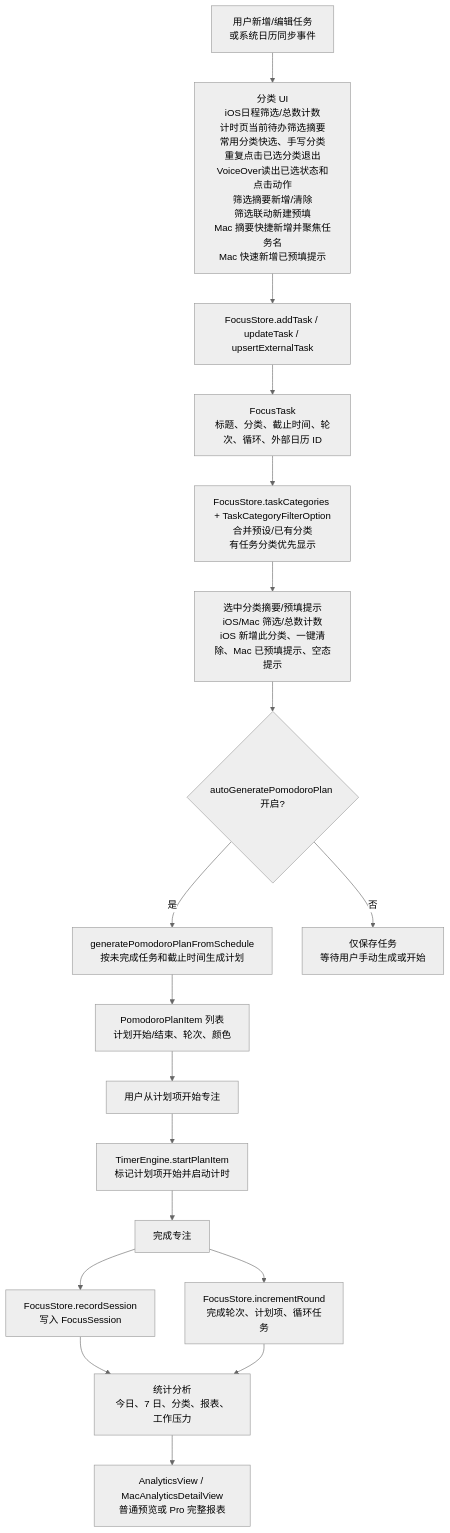
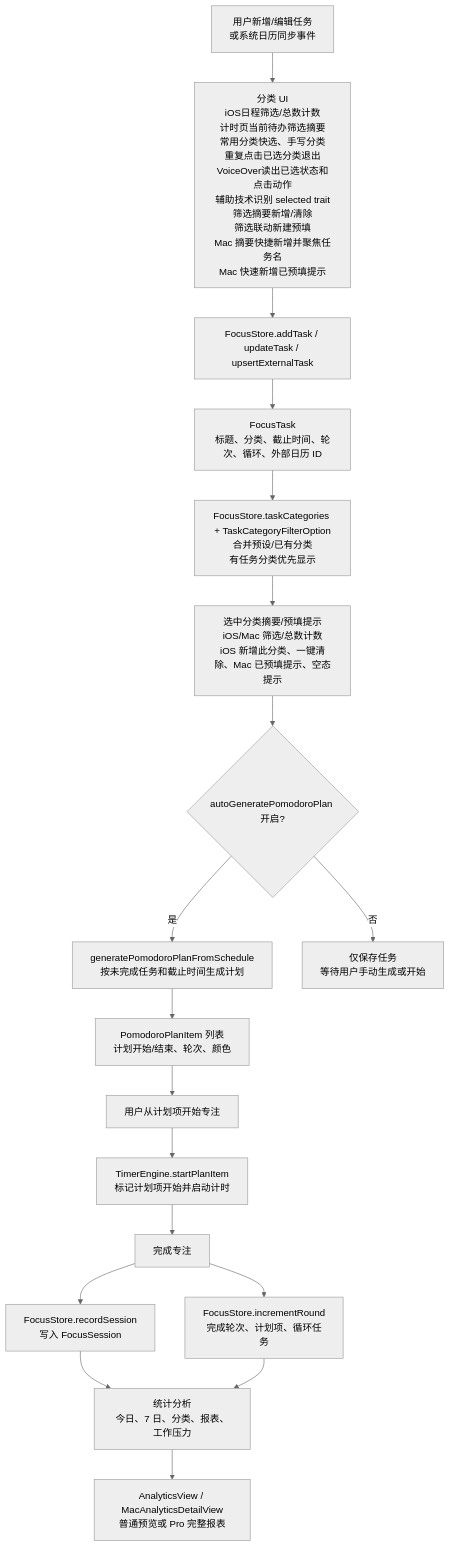
The third of 6 diagrams in md/flow/flowchart.md (Altman-sam114/114), drawn with Mermaid (neutral theme) before and after one commit. The commit also changed other lines of this file and 9 other files, not shown here.

````diff
--- a/md/flow/flowchart.md
+++ b/md/flow/flowchart.md
@@ -63,20 +63,20 @@
 ```mermaid
 flowchart TD
-  A["用户新增/编辑任务<br/>或系统日历同步事件"] --> P0["分类 UI<br/>iOS日程筛选/总数计数<br/>计时页当前待办筛选摘要<br/>常用分类快选、手写分类<br/>重复点击已选分类退出<br/>VoiceOver读出已选状态和点击动作<br/>筛选摘要新增/清除<br/>筛选联动新建预填<br/>Mac 摘要快捷新增并聚焦任务名<br/>Mac 快速新增已预填提示"]
+  A["用户新增/编辑任务<br/>或系统日历同步事件"] --> P0["分类 UI<br/>iOS日程筛选/总数计数<br/>计时页当前待办筛选摘要<br/>常用分类快选、手写分类<br/>重复点击已选分类退出<br/>VoiceOver读出已选状态和点击动作<br/>辅助技术识别 selected trait<br/>筛选摘要新增/清除<br/>筛选联动新建预填<br/>Mac 摘要快捷新增并聚焦任务名<br/>Mac 快速新增已预填提示"]
   P0 --> B["FocusStore.addTask / updateTask / upsertExternalTask"]
   B --> C["FocusTask<br/>标题、分类、截止时间、轮次、循环、外部日历 ID"]
   C --> C2["FocusStore.taskCategories + TaskCategoryFilterOption<br/>合并预设/已有分类<br/>有任务分类优先显示"]
   C2 --> C3["选中分类摘要/预填提示<br/>iOS/Mac 筛选/总数计数<br/>iOS 新增此分类、一键清除、Mac 已预填提示、空态提示"]
   C3 --> D{"autoGeneratePomodoroPlan 开启?"}
   D -->|是| E["generatePomodoroPlanFromSchedule<br/>按未完成任务和截止时间生成计划"]
   D -->|否| F["仅保存任务<br/>等待用户手动生成或开始"]
   E --> G["PomodoroPlanItem 列表<br/>计划开始/结束、轮次、颜色"]
   G --> H["用户从计划项开始专注"]
   H --> I["TimerEngine.startPlanItem<br/>标记计划项开始并启动计时"]
   I --> J["完成专注"]
   J --> K["FocusStore.incrementRound<br/>完成轮次、计划项、循环任务"]
   J --> L["FocusStore.recordSession<br/>写入 FocusSession"]
   L --> M["统计分析<br/>今日、7 日、分类、报表、工作压力"]
   K --> M
   M --> N["AnalyticsView / MacAnalyticsDetailView<br/>普通预览或 Pro 完整报表"]
 ```
````
